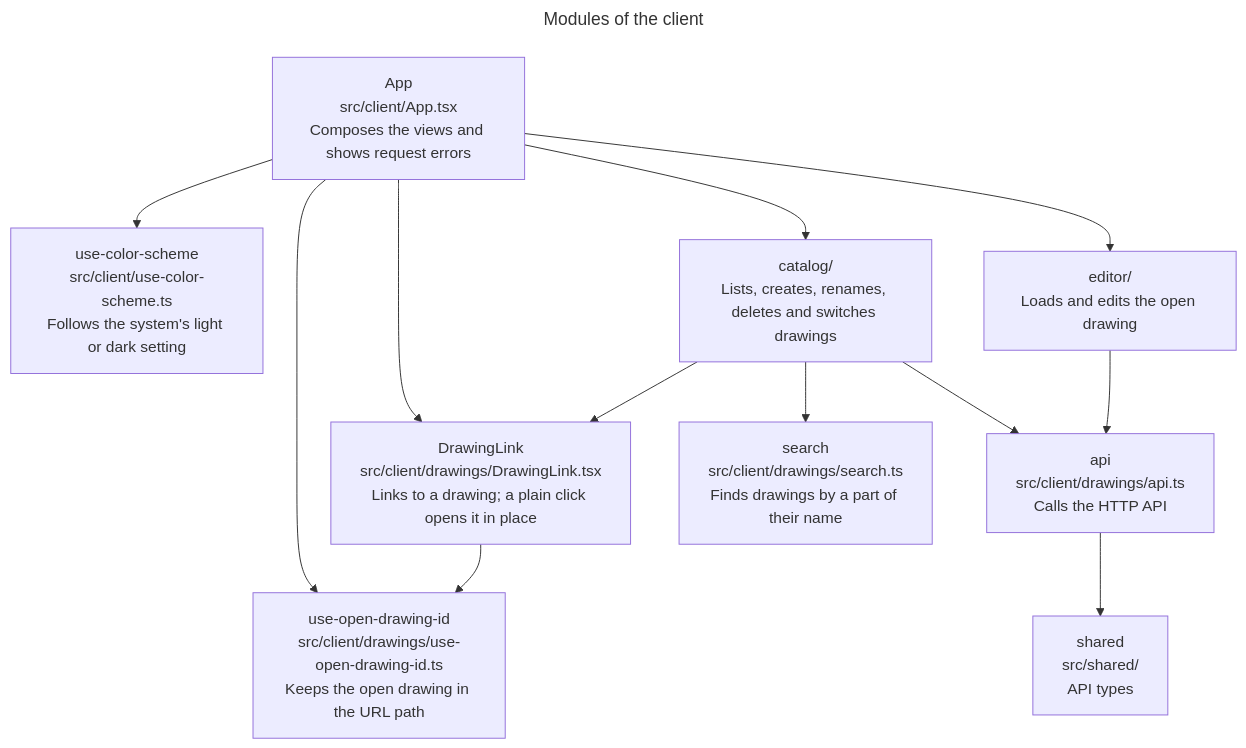
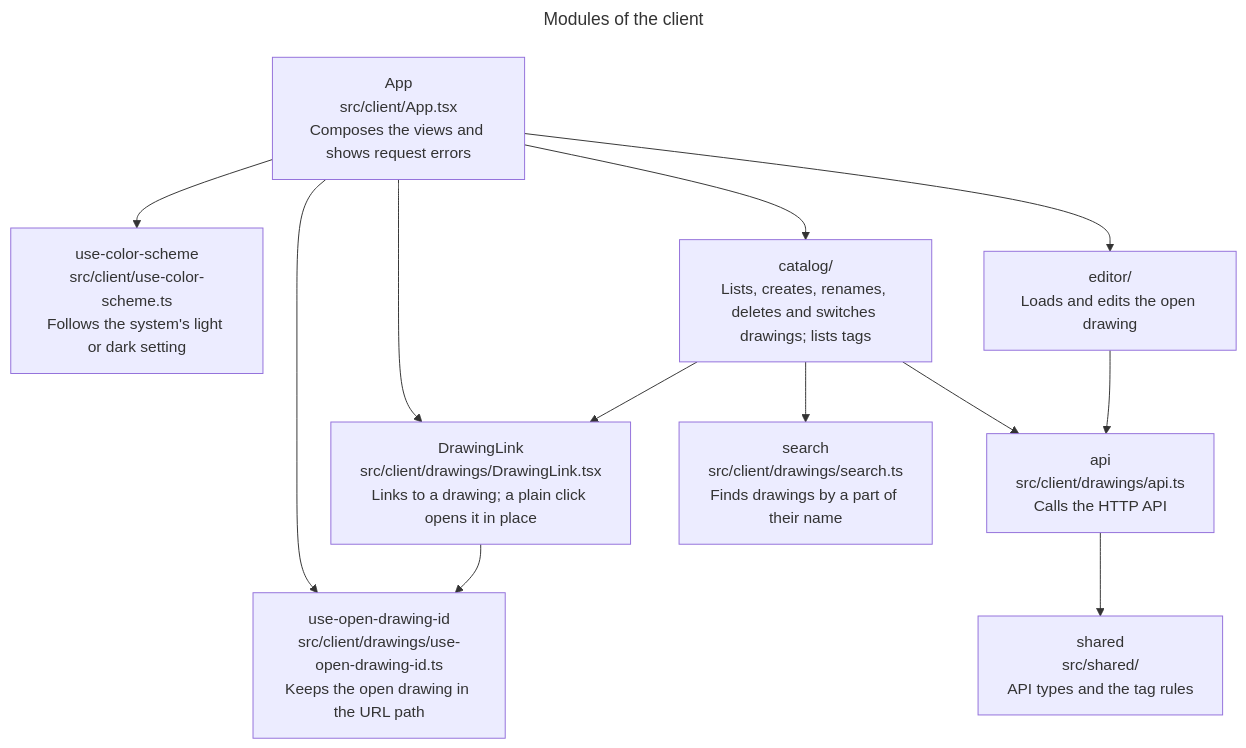
One commit to remshams/excalidraw-dashboard changed the fifth of 11 diagrams in docs/architecture/architecture.md. Above: the diagram before and after it, drawn with Mermaid. The commit also changed other lines of this file and 3 other files, not shown here.

Commit message:
docs(Architecture): describe the Tags tray and record the dialog decision

````diff
--- a/docs/architecture/architecture.md
+++ b/docs/architecture/architecture.md
@@ -148,20 +148,20 @@
 ```mermaid
 ---
 title: Modules of the client
 ---
 flowchart TD
     app["App<br>src/client/App.tsx<br>Composes the views and shows request errors"]:::module
     scheme["use-color-scheme<br>src/client/use-color-scheme.ts<br>Follows the system's light or dark setting"]:::module
-    catalog["catalog/<br>Lists, creates, renames, deletes and switches drawings"]:::group
+    catalog["catalog/<br>Lists, creates, renames, deletes and switches drawings; lists tags"]:::group
     editor["editor/<br>Loads and edits the open drawing"]:::group
     openId["use-open-drawing-id<br>src/client/drawings/use-open-drawing-id.ts<br>Keeps the open drawing in the URL path"]:::module
     link["DrawingLink<br>src/client/drawings/DrawingLink.tsx<br>Links to a drawing; a plain click opens it in place"]:::module
     api["api<br>src/client/drawings/api.ts<br>Calls the HTTP API"]:::module
     search["search<br>src/client/drawings/search.ts<br>Finds drawings by a part of their name"]:::module
-    shared["shared<br>src/shared/<br>API types"]:::module
+    shared["shared<br>src/shared/<br>API types and the tag rules"]:::module
     app --> scheme & catalog & editor & openId & link
     catalog --> api & link & search
     link --> openId
     editor --> api
     api --> shared
 ```
````
